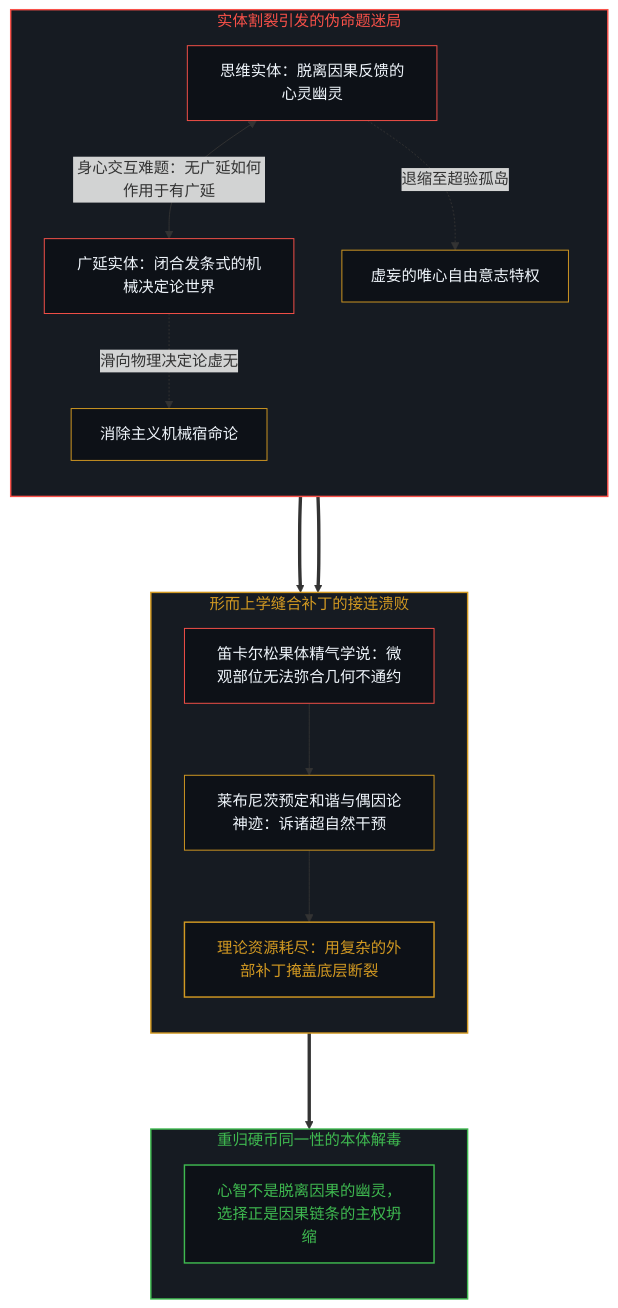
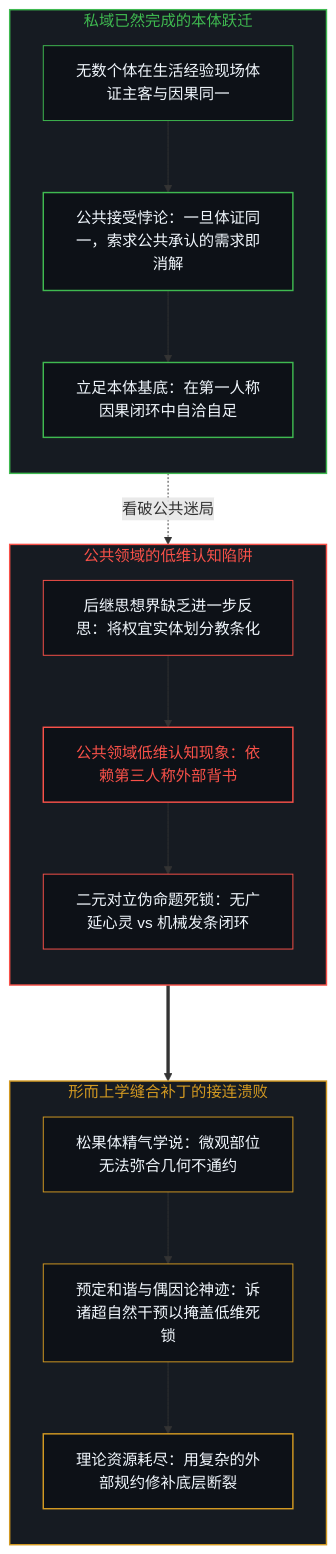
The fifth of 10 diagrams in content/posts/the-cartesian-overstep-and-the-frenzy-of-creation.md (powerpig99/not-a-toe), drawn with Mermaid before and after one commit. The commit also changed other lines of this file and 3 other files, not shown here.

Commit message:
feat(post-337): incorporate public vs private domain and paradox of public acceptance

````diff
--- a/content/posts/the-cartesian-overstep-and-the-frenzy-of-creation.md
+++ b/content/posts/the-cartesian-overstep-and-the-frenzy-of-creation.md
@@ -182,35 +182,36 @@
 ```mermaid
 graph TD
-    subgraph S_ArtificialDilemma ["实体割裂引发的伪命题迷局"]
+    subgraph S_PublicTheatre ["公共领域的低维认知陷阱"]
         direction TB
-        A_MindGhost["思维实体：脱离因果反馈的心灵幽灵"] <-->|"身心交互难题：无广延如何作用于有广延"| A_MatterClock["广延实体：闭合发条式的机械决定论世界"]
-        A_MindGhost -.->|"退缩至超验孤岛"| A_Voluntarism["虚妄的唯心自由意志特权"]
-        A_MatterClock -.->|"滑向物理决定论虚无"| A_Determinism["消除主义机械宿命论"]
+        PUB_Inertia["后继思想界缺乏进一步反思：将权宜实体划分教条化"] --> PUB_LowDim["公共领域低维认知现象：依赖第三人称外部背书"]
+        PUB_LowDim --> PUB_Dilemma["二元对立伪命题死锁：无广延心灵 vs 机械发条闭环"]
+    end
+
+    subgraph S_PrivateLeap ["私域已然完成的本体跃迁"]
+        direction TB
+        PRI_Coin["无数个体在生活经验现场体证主客与因果同一"] --> PRI_Paradox["公共接受悖论：一旦体证同一，索求公共承认的需求即消解"]
+        PRI_Paradox --> PRI_Ground["立足本体基底：在第一人称因果闭环中自洽自足"]
     end
 
     subgraph S_PatchFailures ["形而上学缝合补丁的接连溃败"]
         direction TB
-        P_Pineal["笛卡尔松果体精气学说：微观部位无法弥合几何不通约"] --> P_Harmony["莱布尼茨预定和谐与偶因论神迹：诉诸超自然干预"]
-        P_Harmony --> P_Exhaustion["理论资源耗尽：用复杂的外部补丁掩盖底层断裂"]
+        P_Pineal["松果体精气学说：微观部位无法弥合几何不通约"] --> P_Harmony["预定和谐与偶因论神迹：诉诸超自然干预以掩盖低维死锁"]
+        P_Harmony --> P_Exhaustion["理论资源耗尽：用复杂的外部规约修补底层断裂"]
     end
 
-    subgraph S_ReintegratedCoin ["重归硬币同一性的本体解毒"]
-        direction TB
-        R_Reunite["心智不是脱离因果的幽灵，选择正是因果链条的主权坍缩"]
-    end
+    PUB_Dilemma ===> P_Pineal
+    PRI_Ground -.->|"看破公共迷局"| PUB_LowDim
 
-    A_Voluntarism & A_Determinism ===> P_Pineal
-    P_Exhaustion ===> R_Reunite
-
-    style S_ArtificialDilemma fill:#161b22,stroke:#f85149,stroke-width:1.5px,color:#f85149
+    style S_PublicTheatre fill:#161b22,stroke:#f85149,stroke-width:1.5px,color:#f85149
+    style S_PrivateLeap fill:#161b22,stroke:#3fb950,stroke-width:1.5px,color:#3fb950
     style S_PatchFailures fill:#161b22,stroke:#d29922,stroke-width:1.5px,color:#d29922
-    style S_ReintegratedCoin fill:#161b22,stroke:#3fb950,stroke-width:1.5px,color:#3fb950
-    style A_MindGhost fill:#0d1117,stroke:#f85149,stroke-width:1px,color:#f0f6fc
-    style A_MatterClock fill:#0d1117,stroke:#f85149,stroke-width:1px,color:#f0f6fc
-    style A_Voluntarism fill:#0d1117,stroke:#d29922,stroke-width:1px,color:#f0f6fc
-    style A_Determinism fill:#0d1117,stroke:#d29922,stroke-width:1px,color:#f0f6fc
-    style P_Pineal fill:#0d1117,stroke:#f85149,stroke-width:1px,color:#f0f6fc
+    style PUB_Inertia fill:#0d1117,stroke:#f85149,stroke-width:1px,color:#f0f6fc
+    style PUB_LowDim fill:#0d1117,stroke:#f85149,stroke-width:1.5px,color:#f85149
+    style PUB_Dilemma fill:#0d1117,stroke:#f85149,stroke-width:1px,color:#f0f6fc
+    style PRI_Coin fill:#0d1117,stroke:#3fb950,stroke-width:1px,color:#f0f6fc
+    style PRI_Paradox fill:#0d1117,stroke:#3fb950,stroke-width:1.5px,color:#f0f6fc
+    style PRI_Ground fill:#0d1117,stroke:#3fb950,stroke-width:1.5px,color:#f0f6fc
+    style P_Pineal fill:#0d1117,stroke:#d29922,stroke-width:1px,color:#f0f6fc
     style P_Harmony fill:#0d1117,stroke:#d29922,stroke-width:1px,color:#f0f6fc
-    style P_Exhaustion fill:#0d1117,stroke:#d29922,stroke-width:1.5px,color:#d29922
-    style R_Reunite fill:#0d1117,stroke:#3fb950,stroke-width:1.5px,color:#3fb950
+    style P_Exhaustion fill:#0d1117,stroke:#d29922,stroke-width:1.5px,color:#f0f6fc
 ```
````
